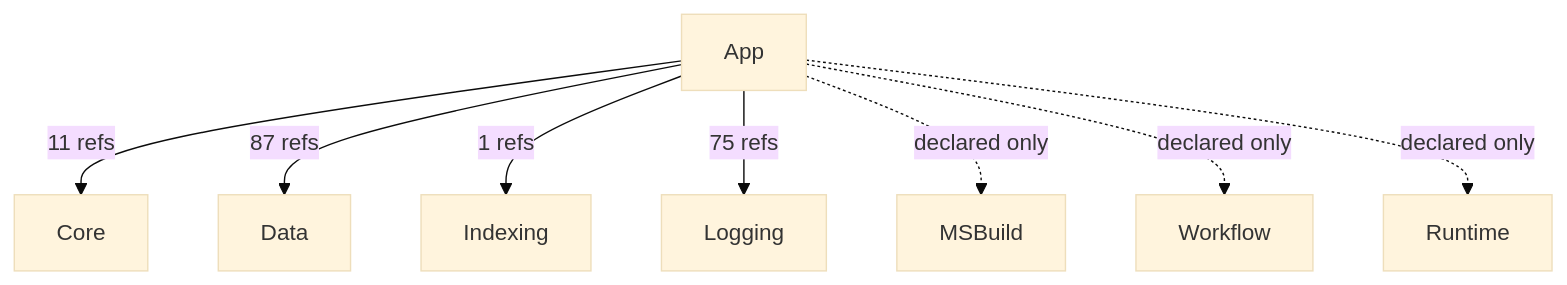
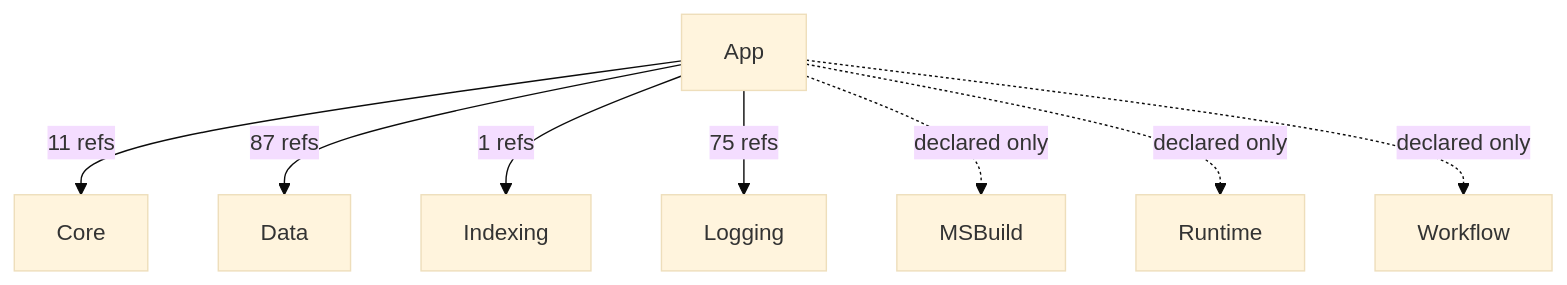
The first of 2 diagrams in GeneratedDocs/components/App.aim.md (rdavi10471a2/AIMonitor), drawn with Mermaid (base theme) before and after one commit. The commit also changed other lines of this file and 11 other files, not shown here.

First line of the commit message:
Regenerate architecture docs: derive DAG from csproj truth + experimental centrality layering

````diff
--- a/GeneratedDocs/components/App.aim.md
+++ b/GeneratedDocs/components/App.aim.md
@@ -14,10 +14,10 @@
 ```mermaid
 flowchart TB
   App -->|11 refs| Core
   App -->|87 refs| Data
   App -->|1 refs| Indexing
   App -->|75 refs| Logging
   App -.->|declared only| MSBuild
+  App -.->|declared only| Runtime
   App -.->|declared only| Workflow
-  App -.->|declared only| Runtime
 ```
````
